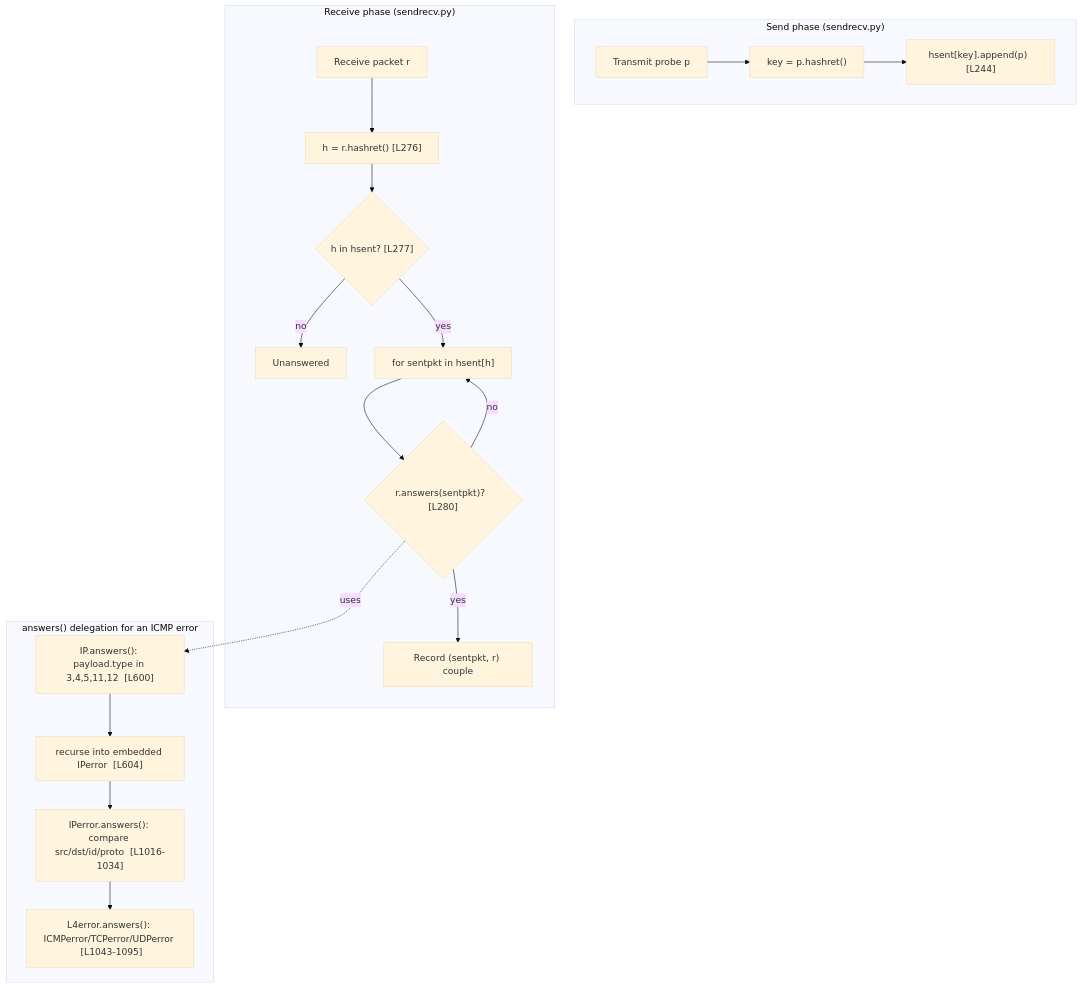
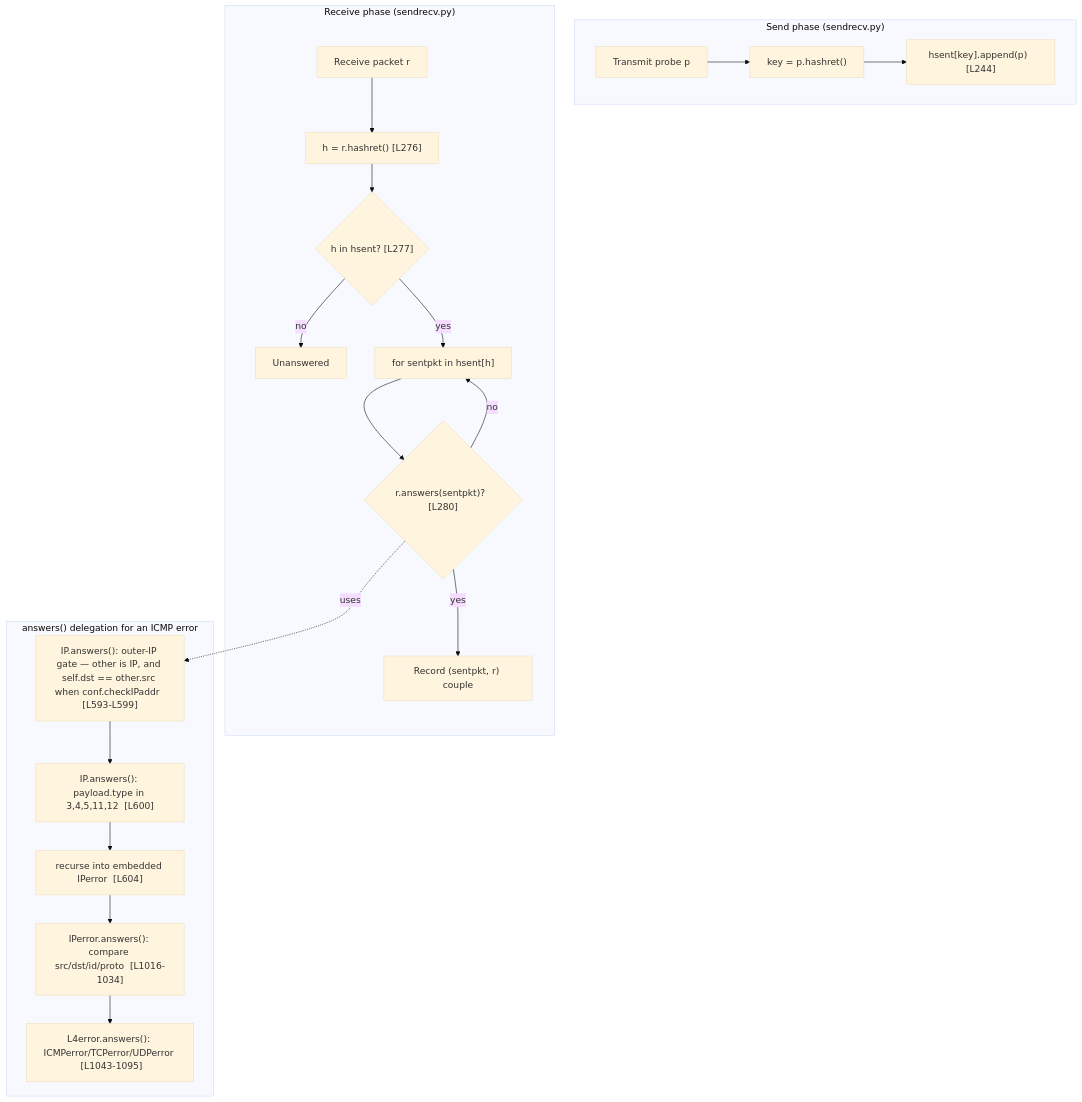
One commit to blitzy-research/scapy changed the diagram in blitzy/documentation/scapy_0925ada48540.md. Above: the diagram before and after it, drawn with Mermaid (base theme). The commit also changed other lines of this file, not shown here.

First line of the commit message:
docs: correct Q1 to include IP.answers() outer-IP answer-direction check

````diff
--- a/blitzy/documentation/scapy_0925ada48540.md
+++ b/blitzy/documentation/scapy_0925ada48540.md
@@ -166,22 +166,23 @@
 ```mermaid
 flowchart TD
     subgraph Send["Send phase (sendrecv.py)"]
         S1["Transmit probe p"] --> S2["key = p.hashret()"]
         S2 --> S3["hsent[key].append(p)  [L244]"]
     end
     subgraph Recv["Receive phase (sendrecv.py)"]
         R1["Receive packet r"] --> R2["h = r.hashret()  [L276]"]
         R2 --> R3{"h in hsent?  [L277]"}
         R3 -- "no" --> RX["Unanswered"]
         R3 -- "yes" --> R4["for sentpkt in hsent[h]"]
         R4 --> R5{"r.answers(sentpkt)?  [L280]"}
         R5 -- "no" --> R4
         R5 -- "yes" --> R6["Record (sentpkt, r) couple"]
     end
     subgraph Delegation["answers() delegation for an ICMP error"]
-        D1["IP.answers(): payload.type in 3,4,5,11,12  [L600]"] --> D2["recurse into embedded IPerror  [L604]"]
+        D0["IP.answers(): outer-IP gate — other is IP, and self.dst == other.src when conf.checkIPaddr  [L593-L599]"] --> D1["IP.answers(): payload.type in 3,4,5,11,12  [L600]"]
+        D1 --> D2["recurse into embedded IPerror  [L604]"]
         D2 --> D3["IPerror.answers(): compare src/dst/id/proto  [L1016-1034]"]
         D3 --> D4["L4error.answers(): ICMPerror/TCPerror/UDPerror  [L1043-1095]"]
     end
-    R5 -. "uses" .-> D1
+    R5 -. "uses" .-> D0
 ```
````
